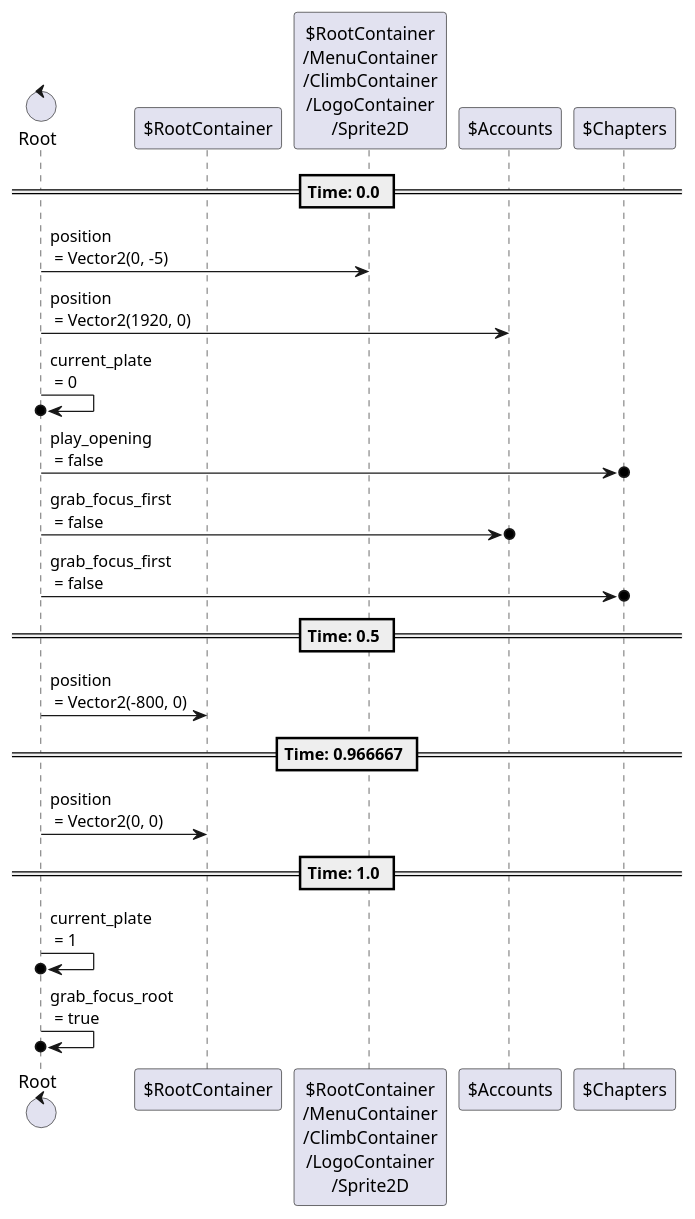
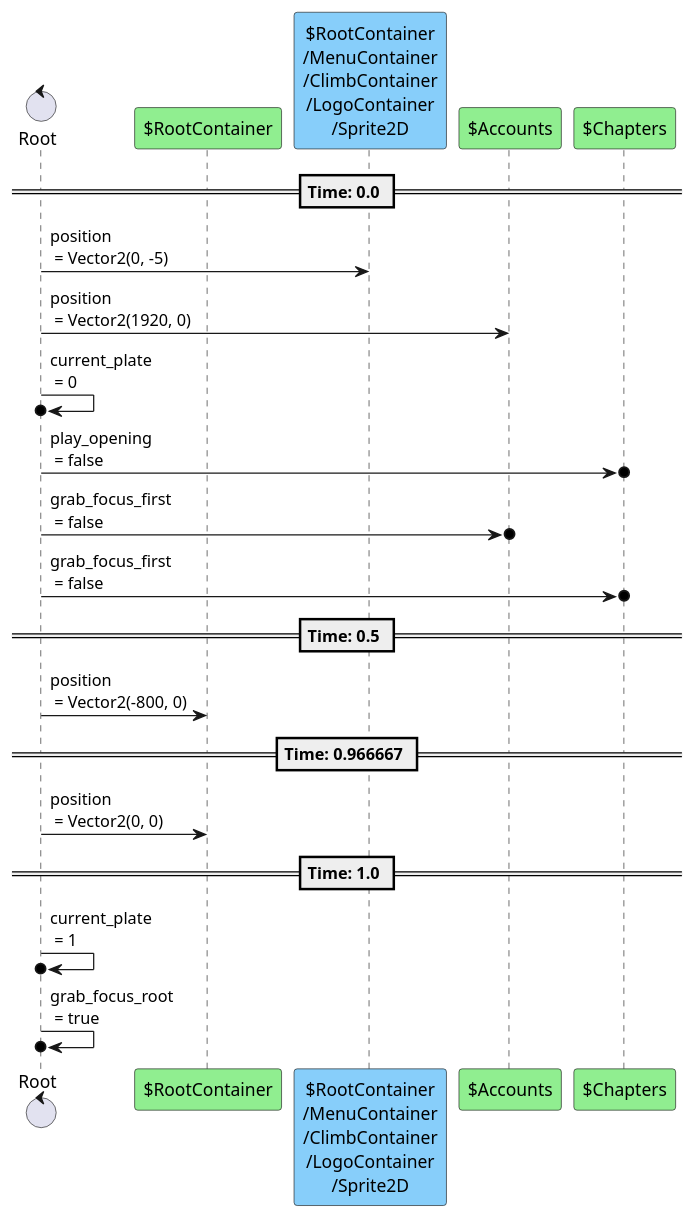
One commit to tkmfujise/Platformer-Game-Learning changed the ninth of 9 diagrams in content/scenes/src/beginning/menu/menu.tscn.adoc. Above: the diagram before and after it, drawn with PlantUML. The commit also changed other lines of this file and 67 other files, not shown here.

```diff
--- a/content/scenes/src/beginning/menu/menu.tscn.adoc
+++ b/content/scenes/src/beginning/menu/menu.tscn.adoc
@@ -598,27 +598,27 @@
 [plantuml]
 ....
 control "Root" as R
-participant "$RootContainer" as T0
-participant "$RootContainer\n/MenuContainer\n/ClimbContainer\n/LogoContainer\n/Sprite2D" as T1
-participant "$Accounts" as T2
-participant "$Chapters" as T5
+participant "$RootContainer" as T0 #90EE90
+participant "$RootContainer\n/MenuContainer\n/ClimbContainer\n/LogoContainer\n/Sprite2D" as T1 #87CEFA
+participant "$Accounts" as T2 #90EE90
+participant "$Chapters" as T5 #90EE90
 
 
 
 == Time: 0.0 ==
 R  ->  T1 : position\n = Vector2(0, -5)
 R  ->  T2 : position\n = Vector2(1920, 0)
 R  ->o  R : current_plate\n = 0
 R  ->o  T5 : play_opening\n = false
 R  ->o  T2 : grab_focus_first\n = false
 R  ->o  T5 : grab_focus_first\n = false
 == Time: 0.5 ==
 R  ->  T0 : position\n = Vector2(-800, 0)
 == Time: 0.966667 ==
 R  ->  T0 : position\n = Vector2(0, 0)
 == Time: 1.0 ==
 R  ->o  R : current_plate\n = 1
 R  ->o  R : grab_focus_root\n = true
 
 
 ....
```
